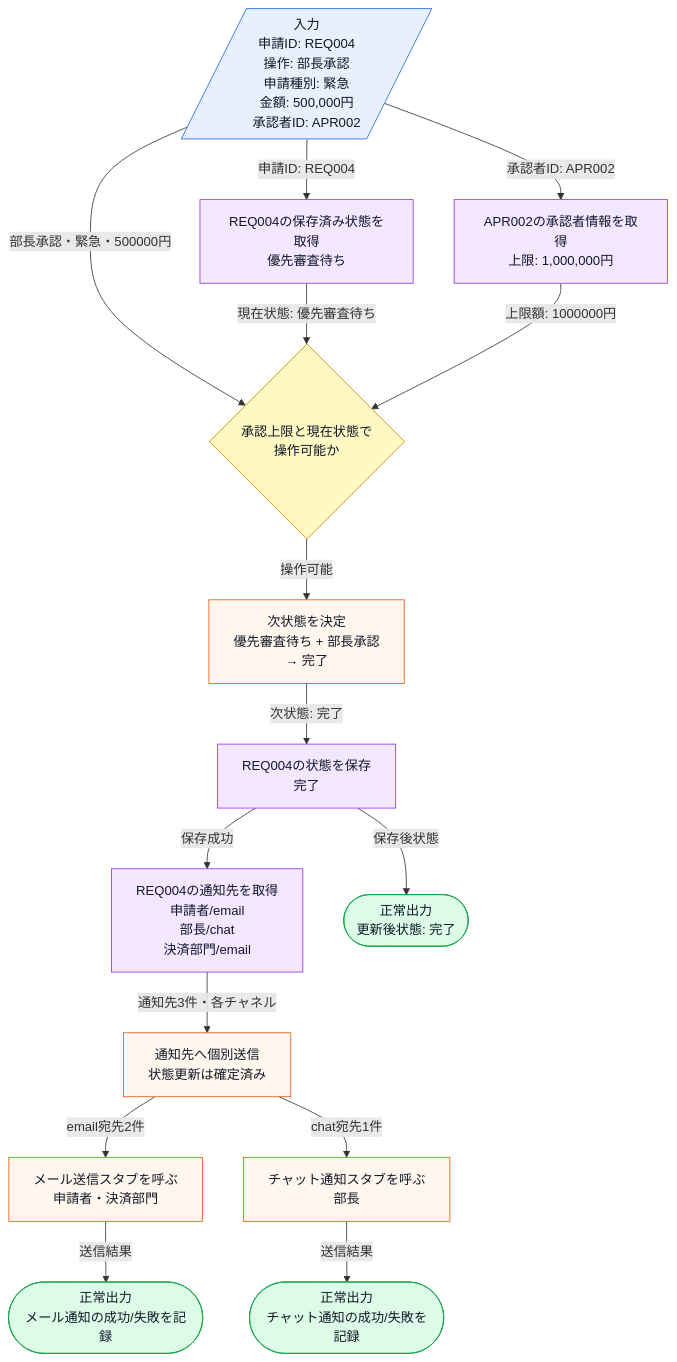
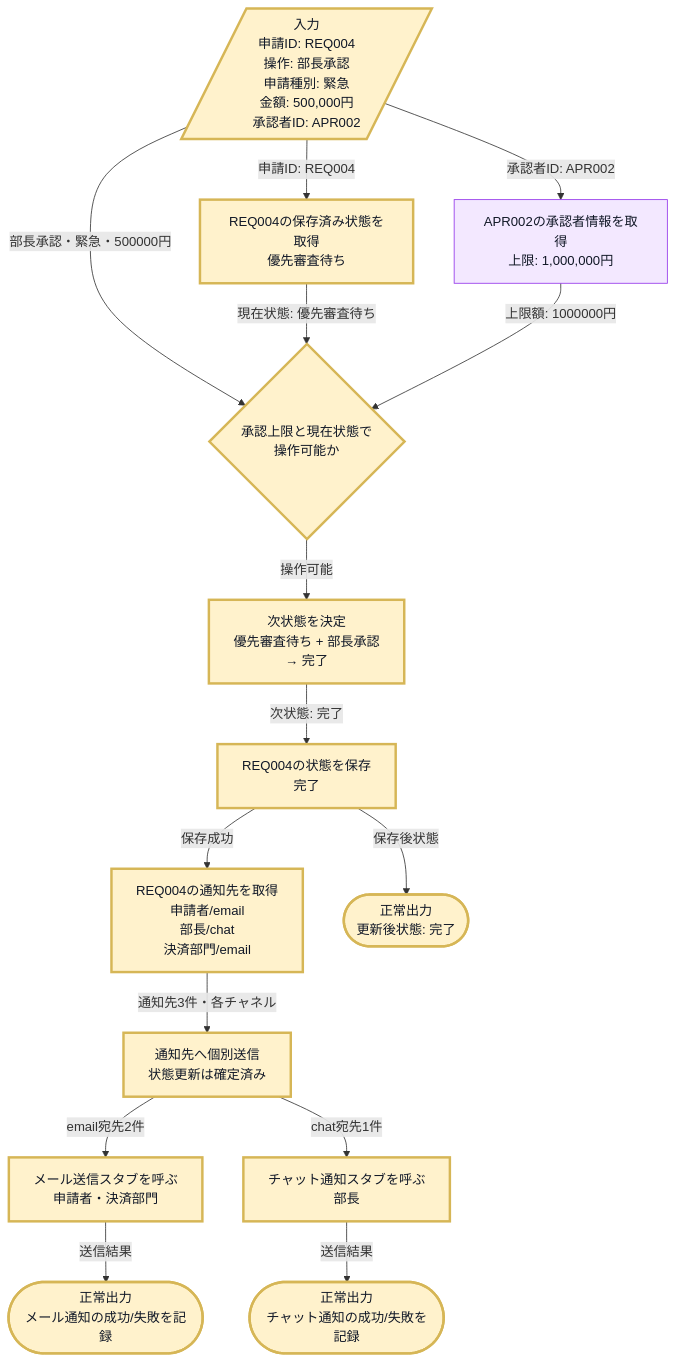
Before and after one commit to kumachan1101-pixel/DesignPattern: the eighth of 24 diagrams in kindle/design-patterns/output/chapter12.md, drawn with Mermaid. The commit also changed other lines of this file and 23 other files, not shown here.

````diff
--- a/kindle/design-patterns/output/chapter12.md
+++ b/kindle/design-patterns/output/chapter12.md
@@ -760,37 +774,40 @@
 ```mermaid
 flowchart TD
+    classDef changed fill:#fff2cc,stroke:#d6b656,stroke-width:3px,color:#111827;
     A[/入力<br>申請ID: REQ004<br>操作: 部長承認<br>申請種別: 緊急<br>金額: 500,000円<br>承認者ID: APR002/]:::input
     B[REQ004の保存済み状態を取得<br>優先審査待ち]:::data
     C[APR002の承認者情報を取得<br>上限: 1,000,000円]:::data
     D{承認上限と現在状態で<br>操作可能か}:::decision
     F[次状態を決定<br>優先審査待ち + 部長承認<br>→ 完了]:::process
     G[REQ004の状態を保存<br>完了]:::data
     H[REQ004の通知先を取得<br>申請者/email<br>部長/chat<br>決済部門/email]:::data
     Q[通知先へ個別送信<br>状態更新は確定済み]:::process
     I[メール送信スタブを呼ぶ<br>申請者・決済部門]:::process
     J[チャット通知スタブを呼ぶ<br>部長]:::process
     K([正常出力<br>更新後状態: 完了]):::normal
     L([正常出力<br>メール通知の成功/失敗を記録]):::normal
     M([正常出力<br>チャット通知の成功/失敗を記録]):::normal
 
     A -->|"申請ID: REQ004"| B
     A -->|"承認者ID: APR002"| C
     A -->|"部長承認・緊急・500000円"| D
     B -->|"現在状態: 優先審査待ち"| D
     C -->|"上限額: 1000000円"| D
     D -->|"操作可能"| F
     F -->|"次状態: 完了"| G
     G -->|"保存成功"| H
     H -->|"通知先3件・各チャネル"| Q
     Q -->|"email宛先2件"| I
     Q -->|"chat宛先1件"| J
     G -->|"保存後状態"| K
     I -->|"送信結果"| L
     J -->|"送信結果"| M
 
+    class A,B,D,F,G,H,Q,I,J,K,L,M changed;
+
     classDef input fill:#e7f0ff,stroke:#2563eb,color:#111827;
     classDef process fill:#fff7ed,stroke:#ea580c,color:#111827;
     classDef decision fill:#fef9c3,stroke:#ca8a04,color:#111827;
     classDef data fill:#f3e8ff,stroke:#9333ea,color:#111827;
     classDef normal fill:#dcfce7,stroke:#16a34a,color:#111827;
 ```
````
